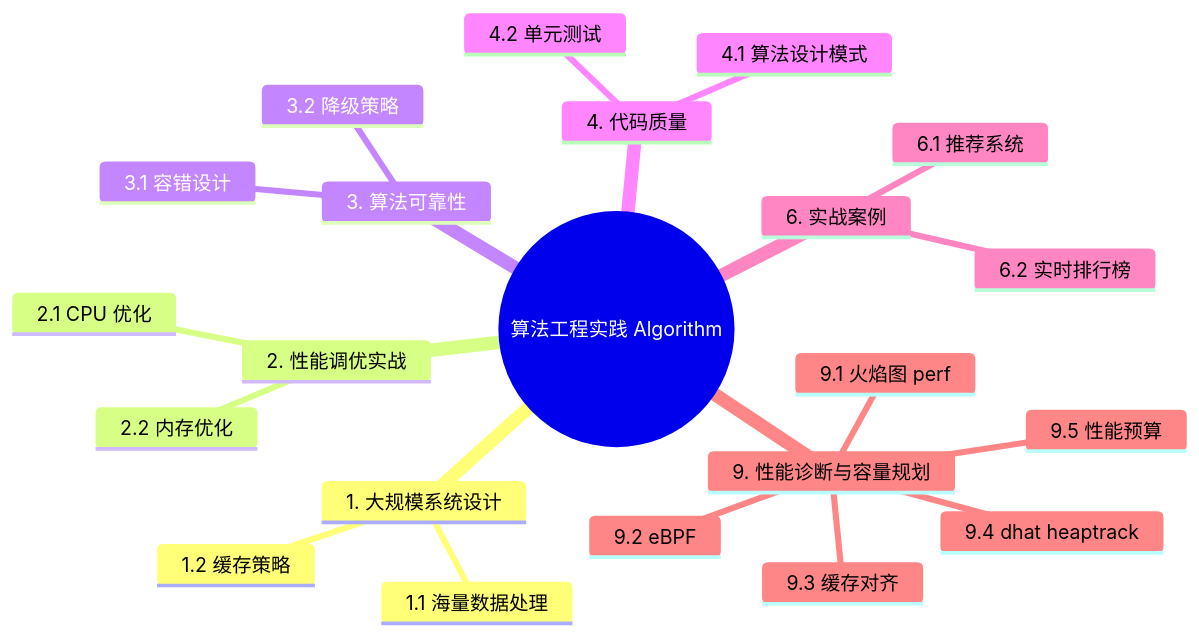
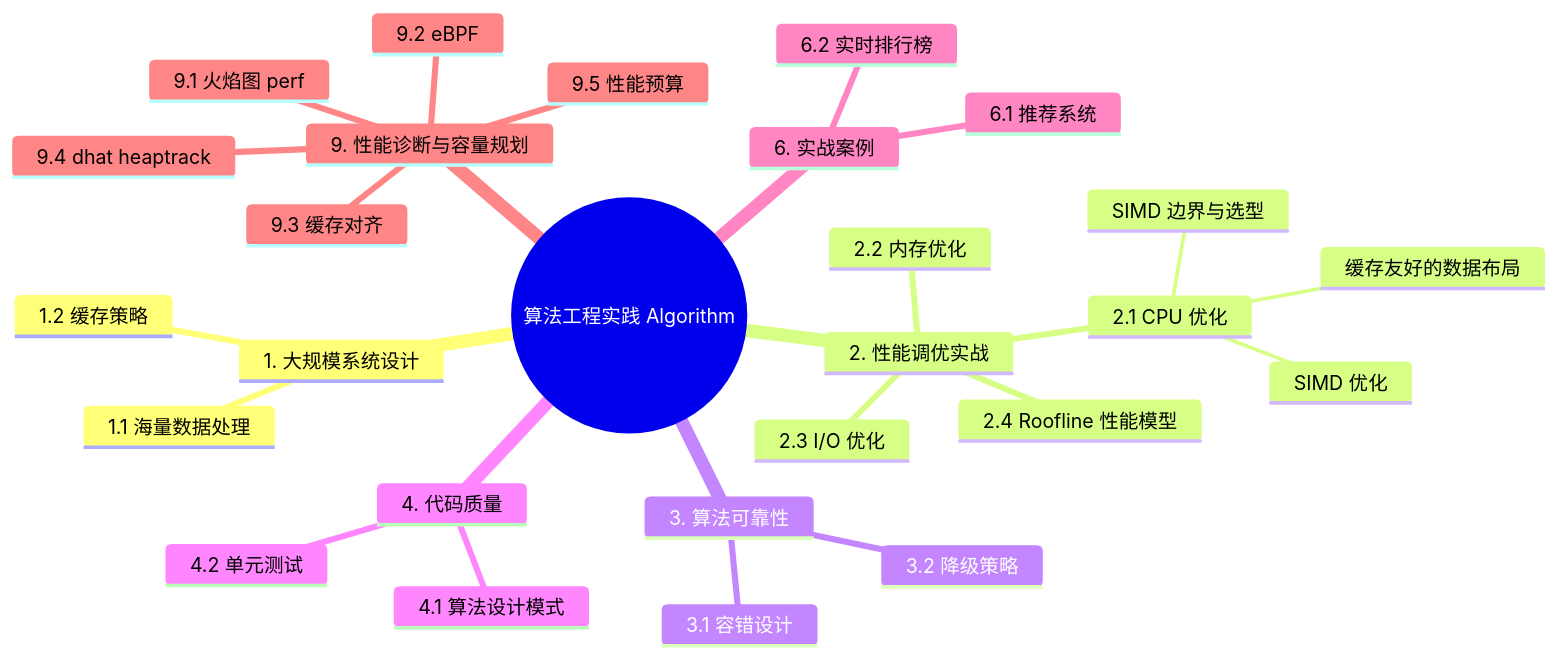
The second of 2 diagrams in concept/06_ecosystem/11_domain_applications/08_algorithm_engineering_practice.md (martin-ly/rust-lang), drawn with Mermaid before and after one commit. The commit also changed other lines of this file and 35 other files, not shown here.

````diff
--- a/concept/06_ecosystem/11_domain_applications/08_algorithm_engineering_practice.md
+++ b/concept/06_ecosystem/11_domain_applications/08_algorithm_engineering_practice.md
@@ -2282,25 +2408,30 @@
 ```mermaid
 mindmap
   root((算法工程实践 Algorithm))
     1. 大规模系统设计
       1.1 海量数据处理
       1.2 缓存策略
     2. 性能调优实战
       2.1 CPU 优化
+        SIMD 优化
+        SIMD 边界与选型
+        缓存友好的数据布局
       2.2 内存优化
+      2.3 I/O 优化
+      2.4 Roofline 性能模型
     3. 算法可靠性
       3.1 容错设计
       3.2 降级策略
     4. 代码质量
       4.1 算法设计模式
       4.2 单元测试
     6. 实战案例
       6.1 推荐系统
       6.2 实时排行榜
     9. 性能诊断与容量规划
       9.1 火焰图 perf
       9.2 eBPF
       9.3 缓存对齐
       9.4 dhat heaptrack
       9.5 性能预算
 ```
````
